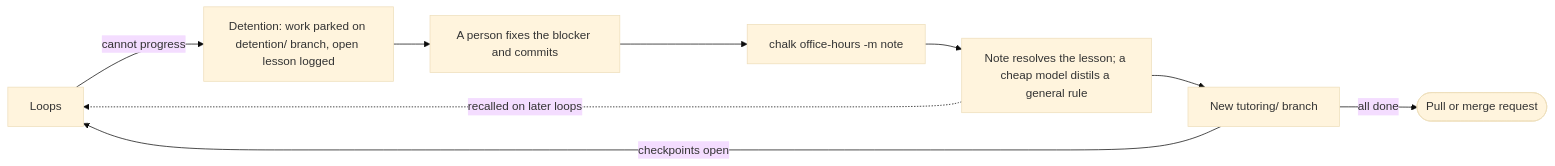
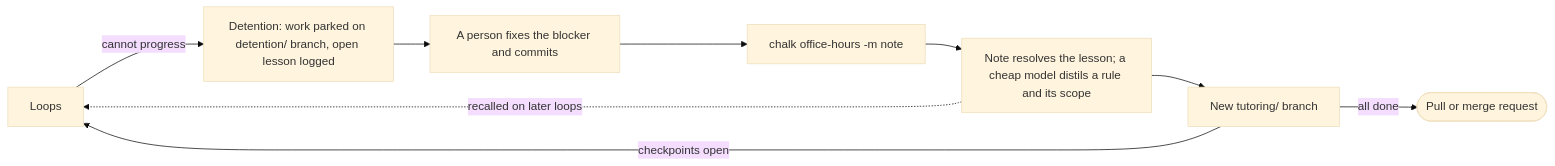
The diagram in docs/guide/running/failures.md (khalaharvi/chalk), drawn with Mermaid (base theme) before and after one commit. The commit also changed other lines of this file and 20 other files, not shown here.

````diff
--- a/docs/guide/running/failures.md
+++ b/docs/guide/running/failures.md
@@ -93,11 +112,11 @@
 ```mermaid
 flowchart LR
   run[Loops] -- cannot progress --> detention[Detention: work parked on detention/ branch, open lesson logged]
   detention --> fix[A person fixes the blocker and commits]
   fix --> office[chalk office-hours -m note]
-  office --> lesson[Note resolves the lesson; a cheap model distils a general rule]
+  office --> lesson[Note resolves the lesson; a cheap model distils a rule and its scope]
   lesson --> tutoring[New tutoring/ branch]
   tutoring -- checkpoints open --> run
   tutoring -- all done --> request([Pull or merge request])
   lesson -. recalled on later loops .-> run
 ```
````
